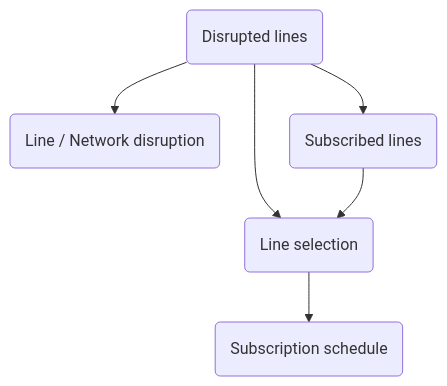
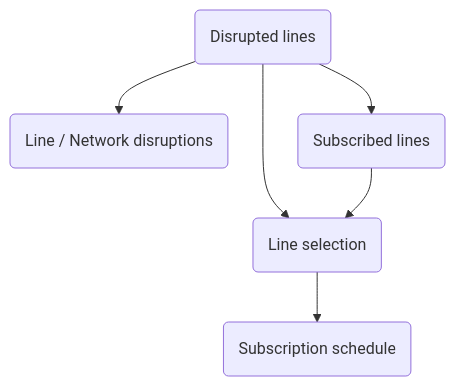
One commit to hove-io/navitia_sdk_docs changed the diagram in docs/traffic/screens/index.md. Above: the diagram before and after it, drawn with Mermaid. The commit also changed other lines of this file and 12 other files, not shown here.

````diff
--- a/docs/traffic/screens/index.md
+++ b/docs/traffic/screens/index.md
@@ -12,8 +12,8 @@
 ``` mermaid
 graph TB
-    DisruptedLines(Disrupted lines) --> LineNetworkDisruption(Line / Network disruption)
+    DisruptedLines(Disrupted lines) --> LineNetworkDisruptions(Line / Network disruptions)
     DisruptedLines(Disrupted lines) --> SubscribedLines(Subscribed lines)
     DisruptedLines(Disrupted lines) --> LineSelection(Line selection)
     SubscribedLines(Subscribed lines) --> LineSelection(Line selection)
     LineSelection(Line selection) --> SubscriptionSchedule(Subscription schedule)
 ```
````
